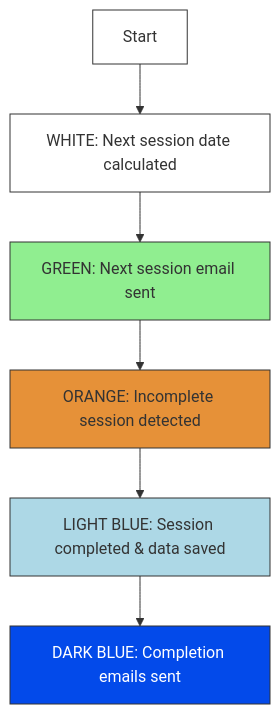
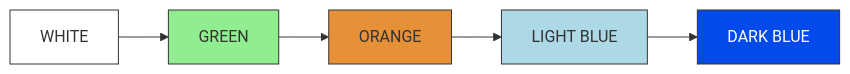
The fourth of 7 diagrams in README.md (ibrahimberb/gable-preview), drawn with Mermaid before and after one commit. The commit also changed other lines of this file, not shown here.

````diff
--- a/README.md
+++ b/README.md
@@ -199,15 +204,13 @@
 ```mermaid
-graph TD;
-    A["Start"] --> B["WHITE: Next session date calculated"];
-    B --> C["GREEN: Next session email sent"];
-    C --> D["ORANGE: Incomplete session detected"];
-    D --> E["LIGHT BLUE: Session completed & data saved"];
-    E --> F["DARK BLUE: Completion emails sent"];
+graph LR;
+    A[WHITE] --> B[GREEN];
+    B --> C[ORANGE];
+    C --> D[LIGHT BLUE];
+    D --> E[DARK BLUE];
     
     style A fill:#fff,stroke:#333;
-    style B fill:#fff,stroke:#333;
-    style C fill:#90EE90,stroke:#333;
-    style D fill:#E69138,stroke:#333;
-    style E fill:#ADD8E6,stroke:#333;
-    style F fill:#034AEA,color:#fff,stroke:#333;
+    style B fill:#90EE90,stroke:#333;
+    style C fill:#E69138,stroke:#333;
+    style D fill:#ADD8E6,stroke:#333;
+    style E fill:#034AEA,color:#fff,stroke:#333;
 ```
````
